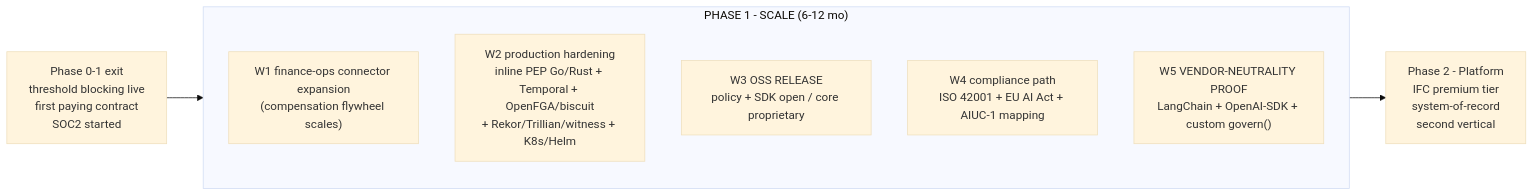
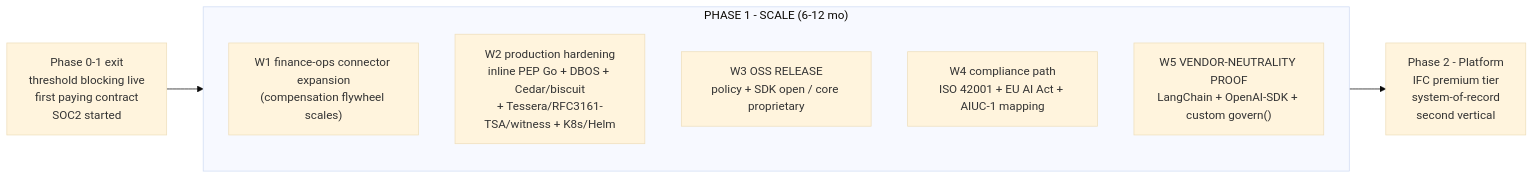
One commit to HodeTech/provna changed the first of 2 diagrams in docs/roadmap/phase-1-scale.md. Above: the diagram before and after it, drawn with Mermaid (base theme). The commit also changed other lines of this file and 24 other files, not shown here.

````diff
--- a/docs/roadmap/phase-1-scale.md
+++ b/docs/roadmap/phase-1-scale.md
@@ -9,13 +9,13 @@
 ```mermaid
 flowchart LR
     P0["Phase 0-1 exit\nthreshold blocking live\nfirst paying contract\nSOC2 started"] --> P1
     subgraph P1["PHASE 1 - SCALE (6-12 mo)"]
         direction TB
         W1["W1 finance-ops connector expansion\n(compensation flywheel scales)"]
-        W2["W2 production hardening\ninline PEP Go/Rust + Temporal + OpenFGA/biscuit\n+ Rekor/Trillian/witness + K8s/Helm"]
+        W2["W2 production hardening\ninline PEP Go + DBOS + Cedar/biscuit\n+ Tessera/RFC3161-TSA/witness + K8s/Helm"]
         W3["W3 OSS RELEASE\npolicy + SDK open / core proprietary"]
         W4["W4 compliance path\nISO 42001 + EU AI Act + AIUC-1 mapping"]
         W5["W5 VENDOR-NEUTRALITY PROOF\nLangChain + OpenAI-SDK + custom govern()"]
     end
     P1 --> P2["Phase 2 - Platform\nIFC premium tier\nsystem-of-record\nsecond vertical"]
 ```
````
